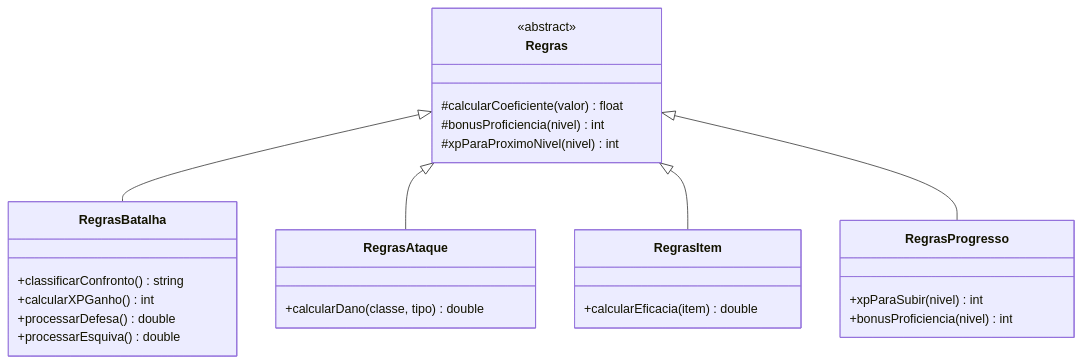
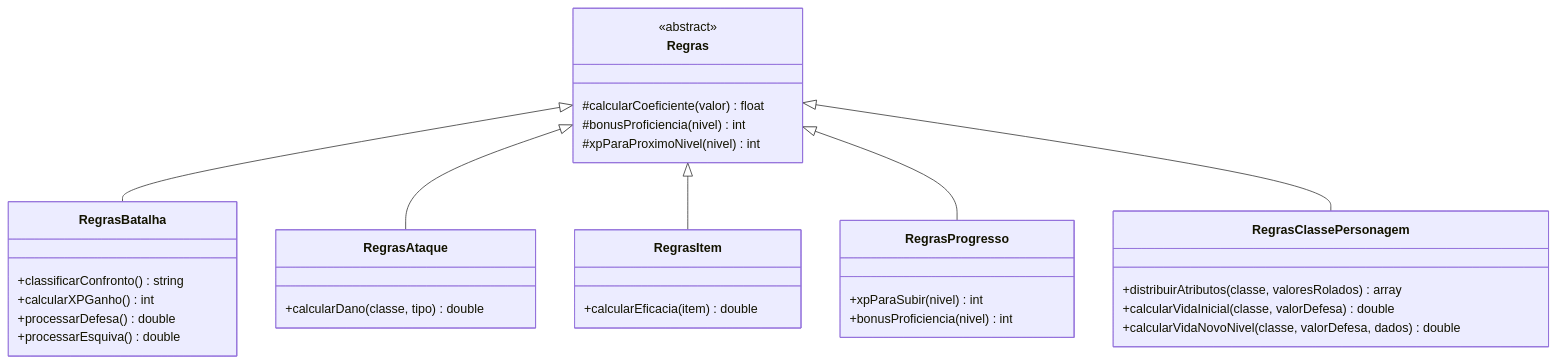
The fifth of 5 diagrams in docs/arquitetura.md (WillianJunior/PDS2-2026-PF-grupo5), drawn with Mermaid before and after one commit. The commit also changed other lines of this file, not shown here.

Commit message:
docs: atualização de diagramas de arquitetura

````diff
--- a/docs/arquitetura.md
+++ b/docs/arquitetura.md
@@ -225,30 +242,36 @@
 ```mermaid
 classDiagram
     class Regras {
         <<abstract>>
         #calcularCoeficiente(valor) float
         #bonusProficiencia(nivel) int
         #xpParaProximoNivel(nivel) int
     }
     class RegrasBatalha {
         +classificarConfronto() string
         +calcularXPGanho() int
         +processarDefesa() double
         +processarEsquiva() double
     }
     class RegrasAtaque {
         +calcularDano(classe, tipo) double
     }
     class RegrasItem {
         +calcularEficacia(item) double
     }
     class RegrasProgresso {
         +xpParaSubir(nivel) int
         +bonusProficiencia(nivel) int
     }
+    class RegrasClassePersonagem {
+        +distribuirAtributos(classe, valoresRolados) array<double, 4>
+        +calcularVidaInicial(classe, valorDefesa) double
+        +calcularVidaNovoNivel(classe, valorDefesa, dados) double
+    }
 
     Regras <|-- RegrasBatalha
     Regras <|-- RegrasAtaque
     Regras <|-- RegrasItem
     Regras <|-- RegrasProgresso
+    Regras <|-- RegrasClassePersonagem
 ```
````
